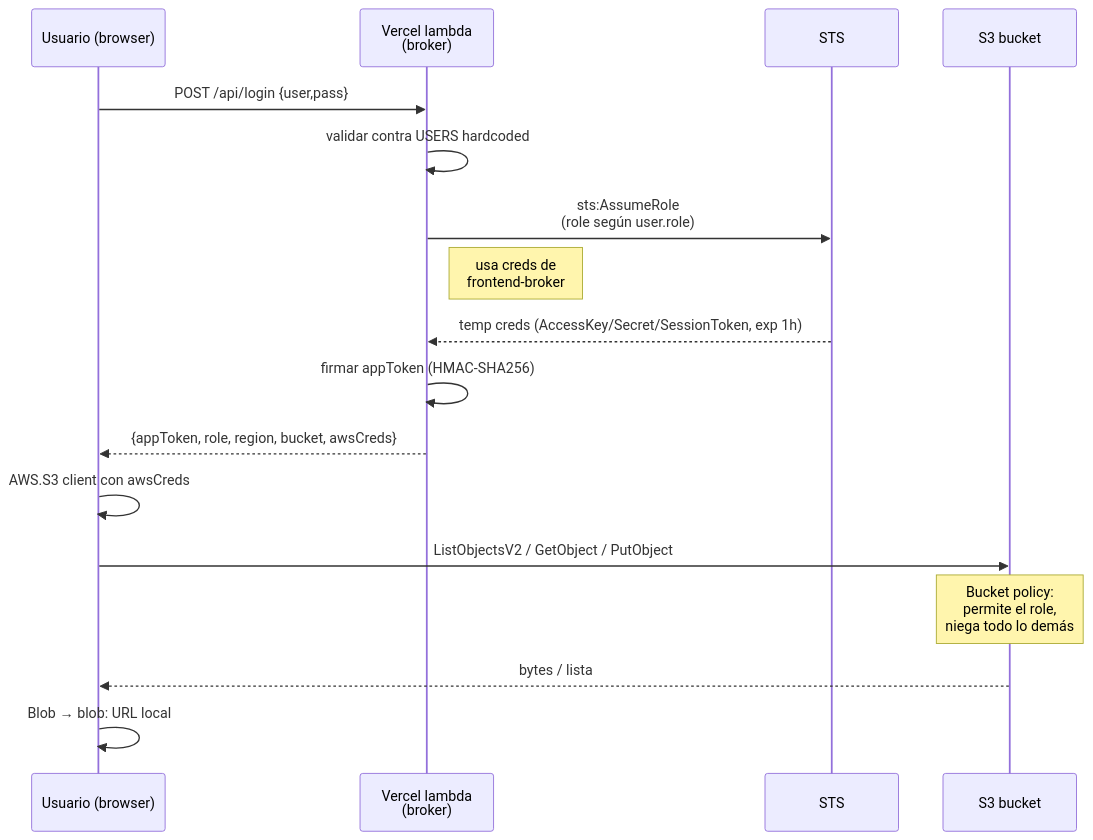
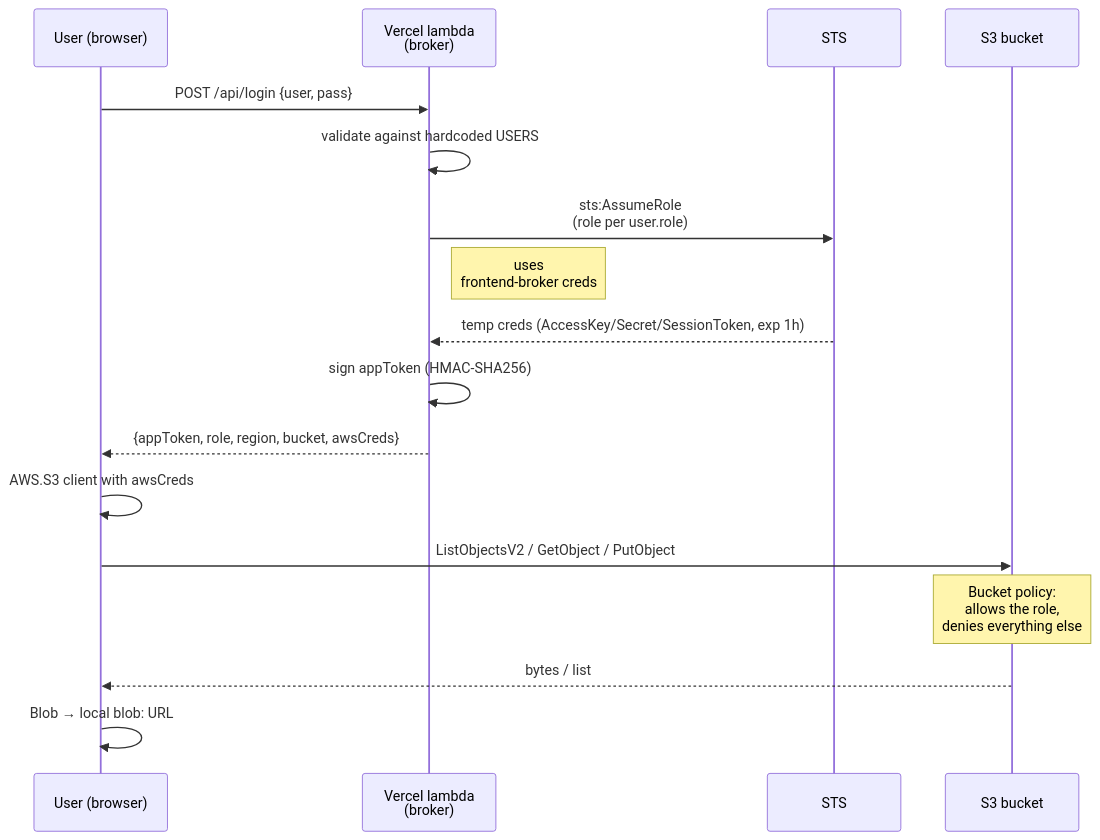
The third of 5 diagrams in README.md (jorgetrad99/s3-crud-verato-test1), drawn with Mermaid before and after one commit. The commit also changed other lines of this file and 1 other file, not shown here.

````diff
--- a/README.md
+++ b/README.md
@@ -288,20 +294,20 @@
 ```mermaid
 sequenceDiagram
-    participant U as Usuario (browser)
+    participant U as User (browser)
     participant V as Vercel lambda<br/>(broker)
     participant S as STS
     participant B as S3 bucket
 
-    U->>V: POST /api/login {user,pass}
-    V->>V: validar contra USERS hardcoded
-    V->>S: sts:AssumeRole<br/>(role según user.role)
-    Note right of V: usa creds de<br/>frontend-broker
+    U->>V: POST /api/login {user, pass}
+    V->>V: validate against hardcoded USERS
+    V->>S: sts:AssumeRole<br/>(role per user.role)
+    Note right of V: uses<br/>frontend-broker creds
     S-->>V: temp creds (AccessKey/Secret/SessionToken, exp 1h)
-    V->>V: firmar appToken (HMAC-SHA256)
+    V->>V: sign appToken (HMAC-SHA256)
     V-->>U: {appToken, role, region, bucket, awsCreds}
-    U->>U: AWS.S3 client con awsCreds
+    U->>U: AWS.S3 client with awsCreds
     U->>B: ListObjectsV2 / GetObject / PutObject
-    Note over B: Bucket policy:<br/>permite el role,<br/>niega todo lo demás
-    B-->>U: bytes / lista
-    U->>U: Blob → blob: URL local
+    Note over B: Bucket policy:<br/>allows the role,<br/>denies everything else
+    B-->>U: bytes / list
+    U->>U: Blob → local blob: URL
 ```
````
